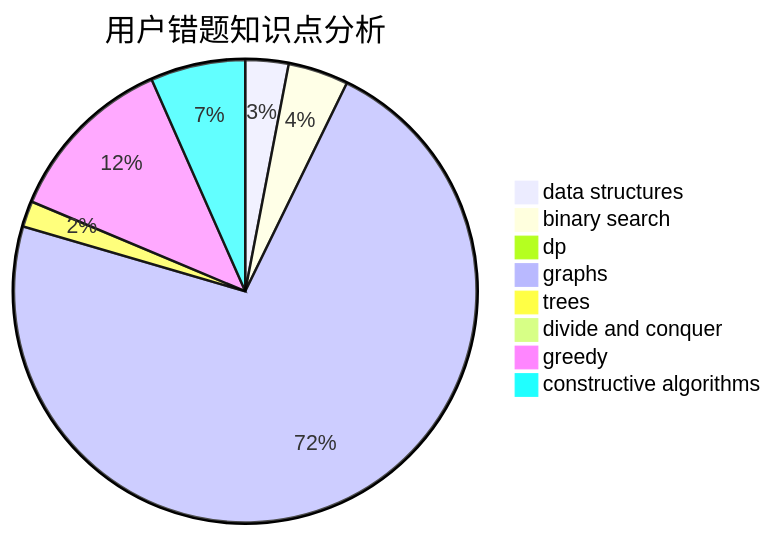
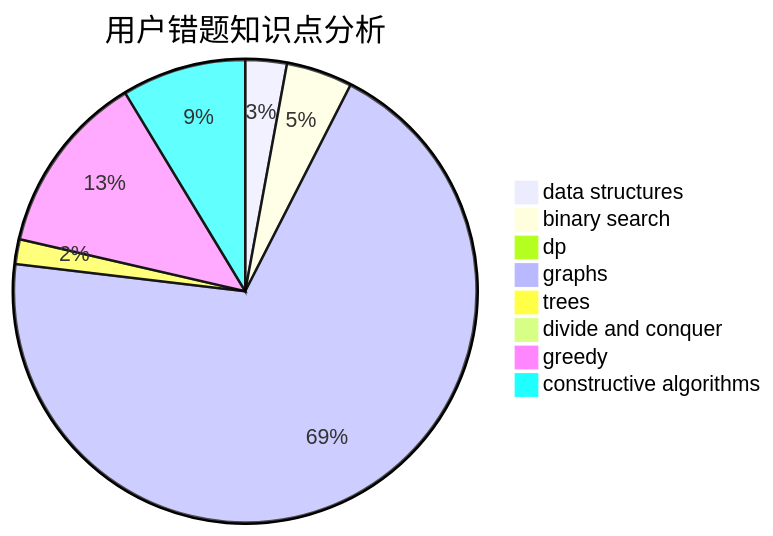
One commit to sherpahu/cfrs.github.io changed the third of 3 diagrams in docs/user/u622.md. Above: the diagram before and after it, drawn with Mermaid. The commit also changed other lines of this file and 2770 other files, not shown here.

````diff
--- a/docs/user/u622.md
+++ b/docs/user/u622.md
@@ -36,11 +36,11 @@
 ```mermaid
 pie title 用户错题知识点分析
     "data structures" :  5
-    "binary search" :  7
+    "binary search" :  8
     "dp" :  0
     "graphs" :  120
     "trees" :  3
     "divide and conquer" :  0
-    "greedy" :  20
-    "constructive algorithms" :  11
+    "greedy" :  22
+    "constructive algorithms" :  15
 ```
````
